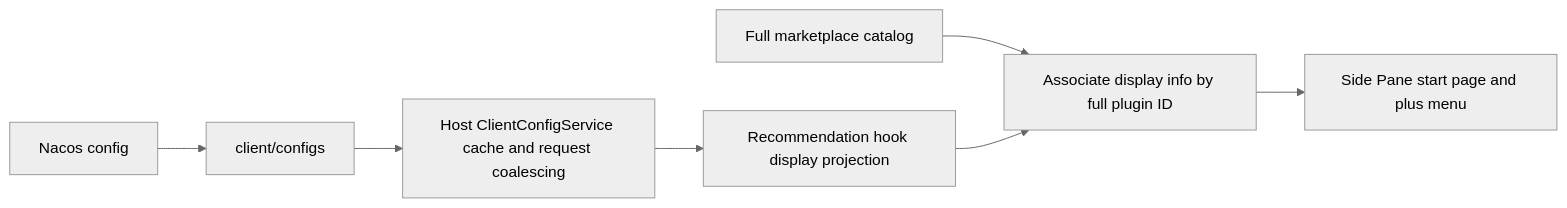
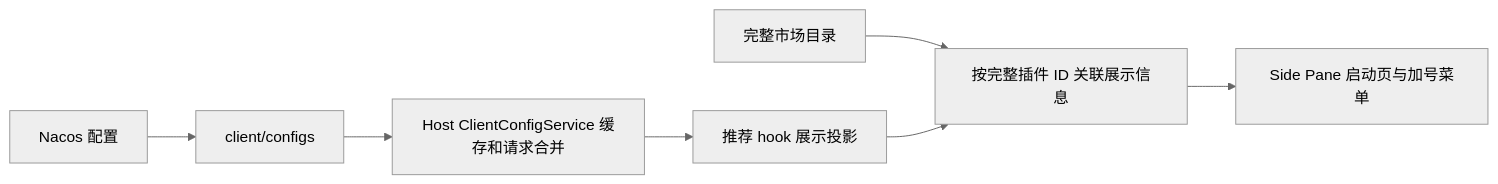
Before and after one commit to osben/ZCode: the fourth of 5 diagrams in docs/plugins/plugin-market-interactions-scope.md, drawn with Mermaid (neutral theme). The commit also changed other lines of this file and 5391 other files, not shown here.

````diff
--- a/docs/plugins/plugin-market-interactions-scope.md
+++ b/docs/plugins/plugin-market-interactions-scope.md
@@ -236,9 +182,9 @@
 ```mermaid
 flowchart LR
-  N[Nacos config] --> A[client/configs]
-  A --> C[Host ClientConfigService cache and request coalescing]
-  C --> H[Recommendation hook display projection]
-  W[Full marketplace catalog] --> I[Associate display info by full plugin ID]
+  N[Nacos 配置] --> A[client/configs]
+  A --> C[Host ClientConfigService 缓存和请求合并]
+  C --> H[推荐 hook 展示投影]
+  W[完整市场目录] --> I[按完整插件 ID 关联展示信息]
   H --> I
-  I --> S[Side Pane start page and plus menu]
+  I --> S[Side Pane 启动页与加号菜单]
 ```
````
